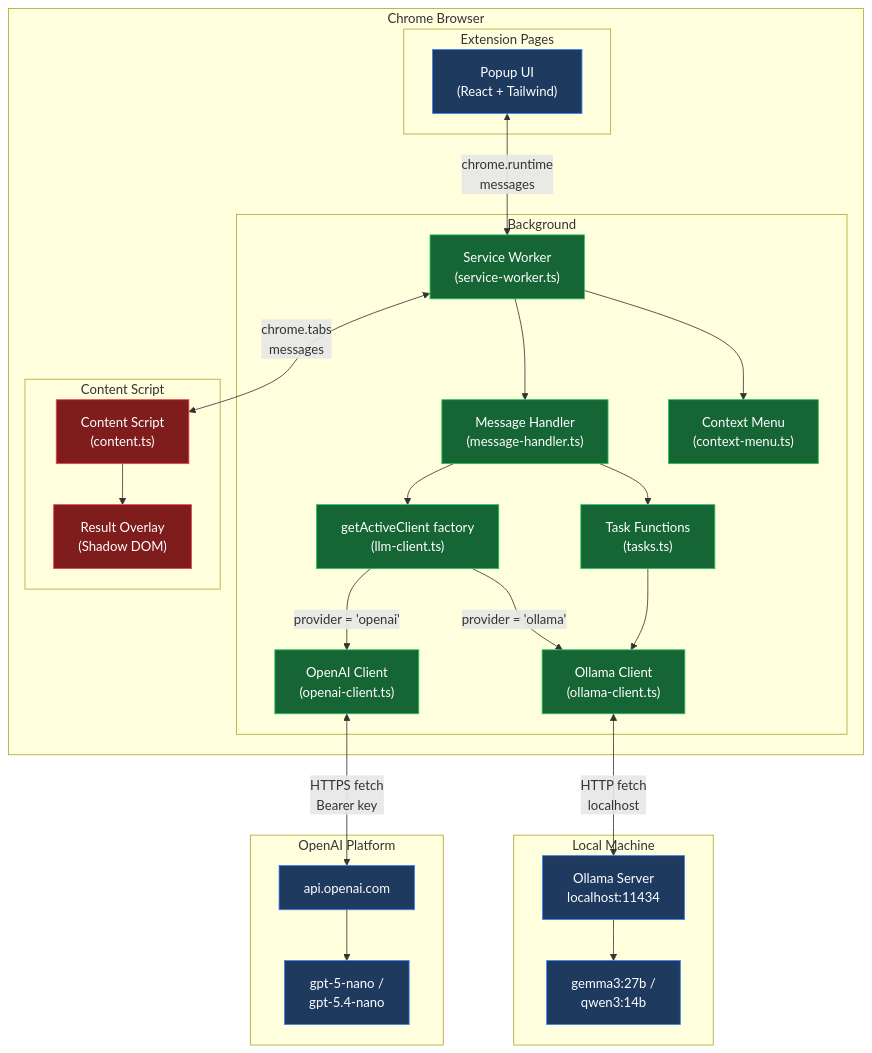
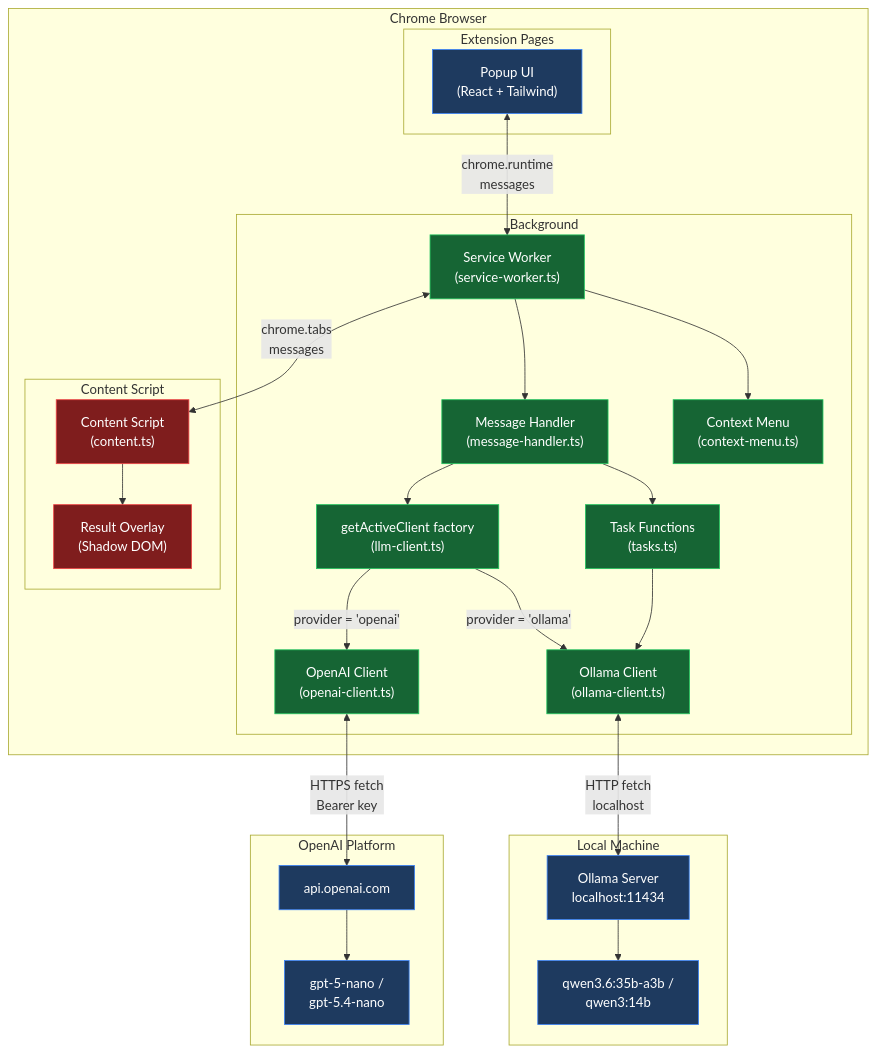
Before and after one commit to lucianhanga/chrome.extension.ai.correct.translate.reformulate: the first of 7 diagrams in docs/architecture.md, drawn with Mermaid. The commit also changed other lines of this file and 10 other files, not shown here.

First line of the commit message:
feat: set default Ollama model to qwen3.6:35b-a3b (#60)

````diff
--- a/docs/architecture.md
+++ b/docs/architecture.md
@@ -141,56 +141,56 @@
 ```mermaid
 graph TB
     subgraph Browser["Chrome Browser"]
         subgraph ExtPages["Extension Pages"]
             Popup["Popup UI<br/>(React + Tailwind)"]
         end
 
         subgraph BG["Background"]
             SW["Service Worker<br/>(service-worker.ts)"]
             MsgHandler["Message Handler<br/>(message-handler.ts)"]
             Factory["getActiveClient factory<br/>(llm-client.ts)"]
             OllamaClient["Ollama Client<br/>(ollama-client.ts)"]
             OpenAIClient["OpenAI Client<br/>(openai-client.ts)"]
             Tasks["Task Functions<br/>(tasks.ts)"]
             CtxMenu["Context Menu<br/>(context-menu.ts)"]
         end
 
         subgraph CS["Content Script"]
             ContentMain["Content Script<br/>(content.ts)"]
             Overlay["Result Overlay<br/>(Shadow DOM)"]
         end
     end
 
     subgraph Local["Local Machine"]
         Ollama["Ollama Server<br/>localhost:11434"]
-        OllamaModel["gemma3:27b /<br/>qwen3:14b"]
+        OllamaModel["qwen3.6:35b-a3b /<br/>qwen3:14b"]
     end
 
     subgraph Cloud["OpenAI Platform"]
         OpenAI["api.openai.com"]
         OpenAIModel["gpt-5-nano /<br/>gpt-5.4-nano"]
     end
 
     Popup <-->|"chrome.runtime<br/>messages"| SW
     SW <-->|"chrome.tabs<br/>messages"| ContentMain
     ContentMain --> Overlay
     SW --> CtxMenu
     SW --> MsgHandler
     MsgHandler --> Tasks
     MsgHandler --> Factory
     Factory -->|"provider = 'ollama'"| OllamaClient
     Factory -->|"provider = 'openai'"| OpenAIClient
     Tasks --> OllamaClient
     OllamaClient <-->|"HTTP fetch<br/>localhost"| Ollama
     OpenAIClient <-->|"HTTPS fetch<br/>Bearer key"| OpenAI
     Ollama --> OllamaModel
     OpenAI --> OpenAIModel
 
     classDef trusted fill:#166534,stroke:#22c55e,color:#fff
     classDef untrusted fill:#7f1d1d,stroke:#ef4444,color:#fff
     classDef neutral fill:#1e3a5f,stroke:#3b82f6,color:#fff
 
     class SW,MsgHandler,Factory,OllamaClient,OpenAIClient,Tasks,CtxMenu trusted
     class ContentMain,Overlay untrusted
     class Popup,Ollama,OllamaModel,OpenAI,OpenAIModel neutral
 ```
````
